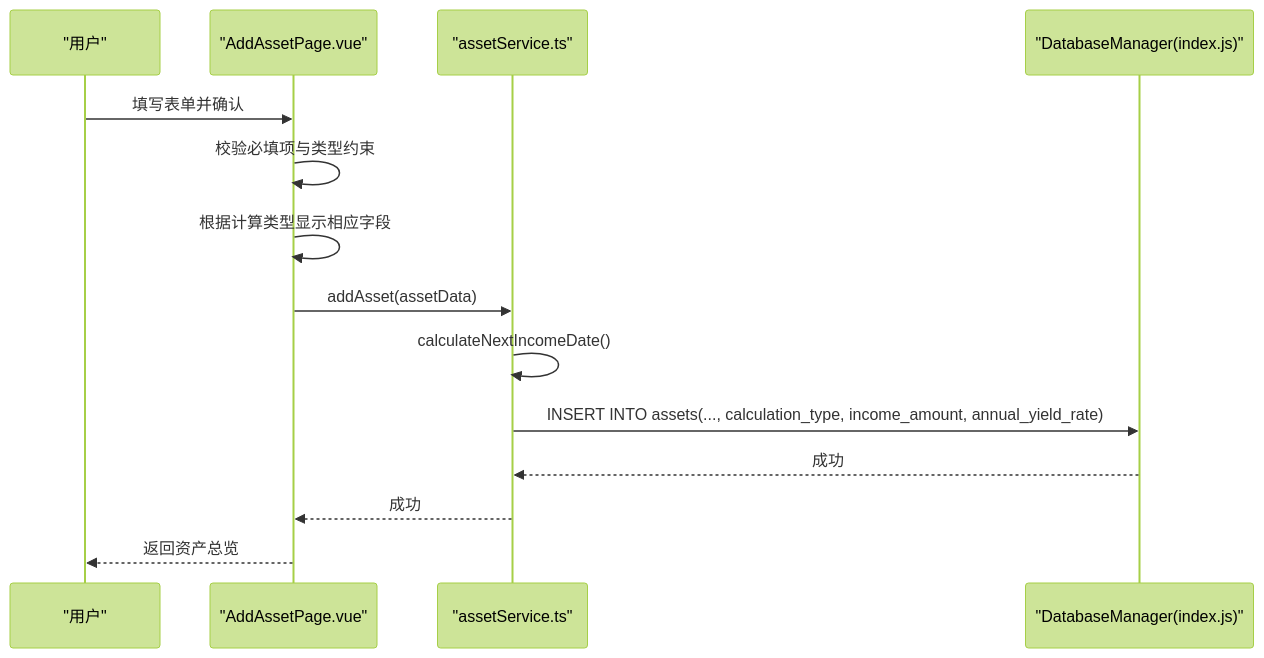
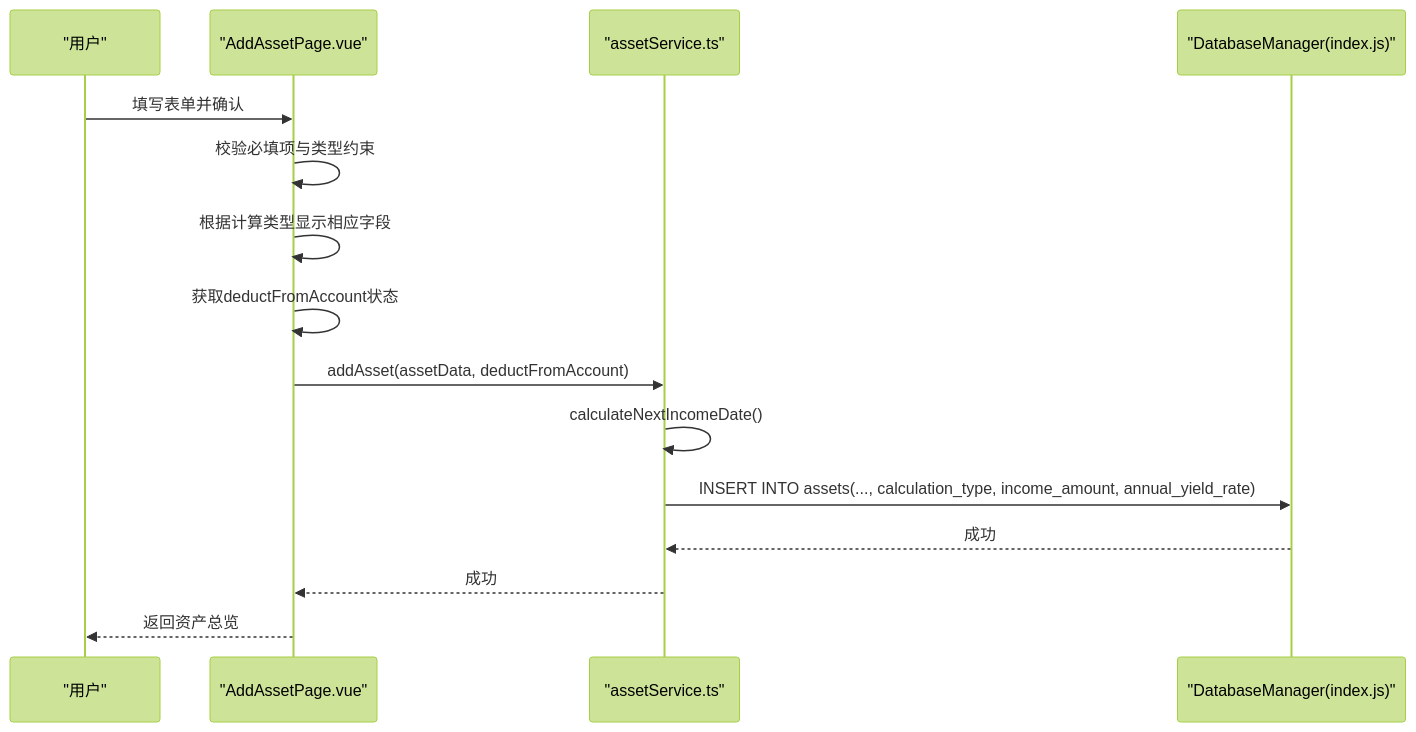
One commit to xiao-lin-unit/yuan changed the sixth of 14 diagrams in .qoder/repowiki/zh/content/资产管理/资产管理.md. Above: the diagram before and after it, drawn with Mermaid (forest theme). The commit also changed other lines of this file and 17 other files, not shown here.

````diff
--- a/.qoder/repowiki/zh/content/资产管理/资产管理.md
+++ b/.qoder/repowiki/zh/content/资产管理/资产管理.md
@@ -313,16 +315,17 @@
 ```mermaid
 sequenceDiagram
 participant U as "用户"
 participant AAS as "AddAssetPage.vue"
 participant AS as "assetService.ts"
 participant DB as "DatabaseManager(index.js)"
 U->>AAS : 填写表单并确认
 AAS->>AAS : 校验必填项与类型约束
 AAS->>AAS : 根据计算类型显示相应字段
-AAS->>AS : addAsset(assetData)
+AAS->>AAS : 获取deductFromAccount状态
+AAS->>AS : addAsset(assetData, deductFromAccount)
 AS->>AS : calculateNextIncomeDate()
 AS->>DB : INSERT INTO assets(..., calculation_type, income_amount, annual_yield_rate)
 DB-->>AS : 成功
 AS-->>AAS : 成功
 AAS-->>U : 返回资产总览
 ```
````
